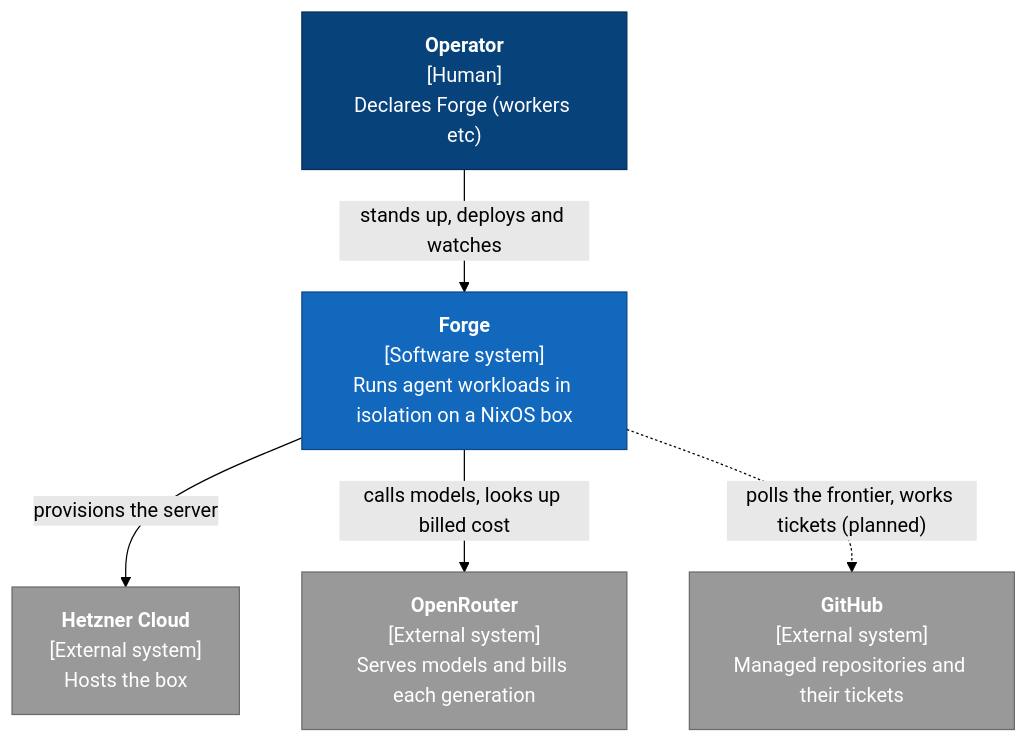
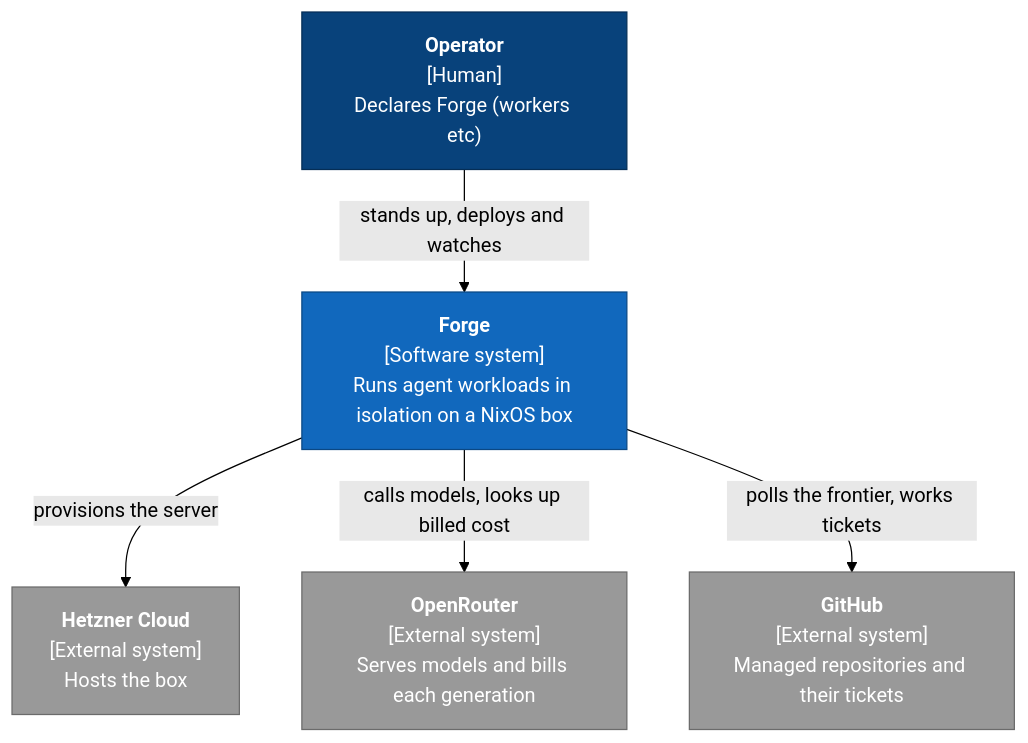
Before and after one commit to rameezk/forge: the first of 3 diagrams in README.md, drawn with Mermaid (forest theme). The commit also changed other lines of this file, not shown here.

First line of the commit message:
docs: explain the name and draw frontier polling as built

````diff
--- a/README.md
+++ b/README.md
@@ -24,20 +19,20 @@
 ```mermaid
 flowchart TB
     operator["<b>Operator</b><br/>[Human]<br/>Declares Forge (workers etc)"]
     forge["<b>Forge</b><br/>[Software system]<br/>Runs agent workloads in isolation on a NixOS box"]
     hetzner["<b>Hetzner Cloud</b><br/>[External system]<br/>Hosts the box"]
     openrouter["<b>OpenRouter</b><br/>[External system]<br/>Serves models and bills each generation"]
     github["<b>GitHub</b><br/>[External system]<br/>Managed repositories and their tickets"]
 
     operator -- "stands up, deploys and watches" --> forge
     forge -- "provisions the server" --> hetzner
     forge -- "calls models, looks up billed cost" --> openrouter
-    forge -. "polls the frontier, works tickets (planned)" .-> github
+    forge -- "polls the frontier, works tickets" --> github
 
     classDef person fill:#08427b,stroke:#052e56,color:#fff
     classDef system fill:#1168bd,stroke:#0b4884,color:#fff
     classDef external fill:#999999,stroke:#6b6b6b,color:#fff
     class operator person
     class forge system
     class hetzner,openrouter,github external
 ```
````
